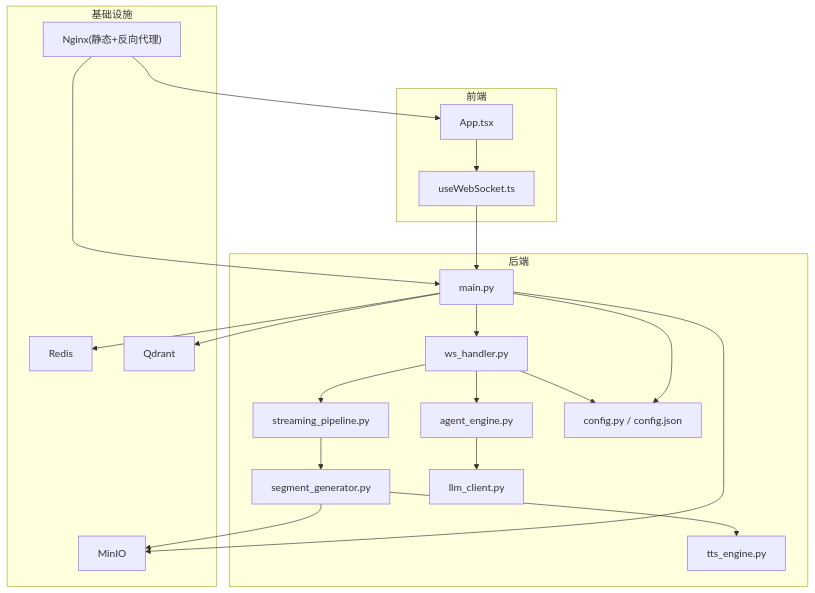
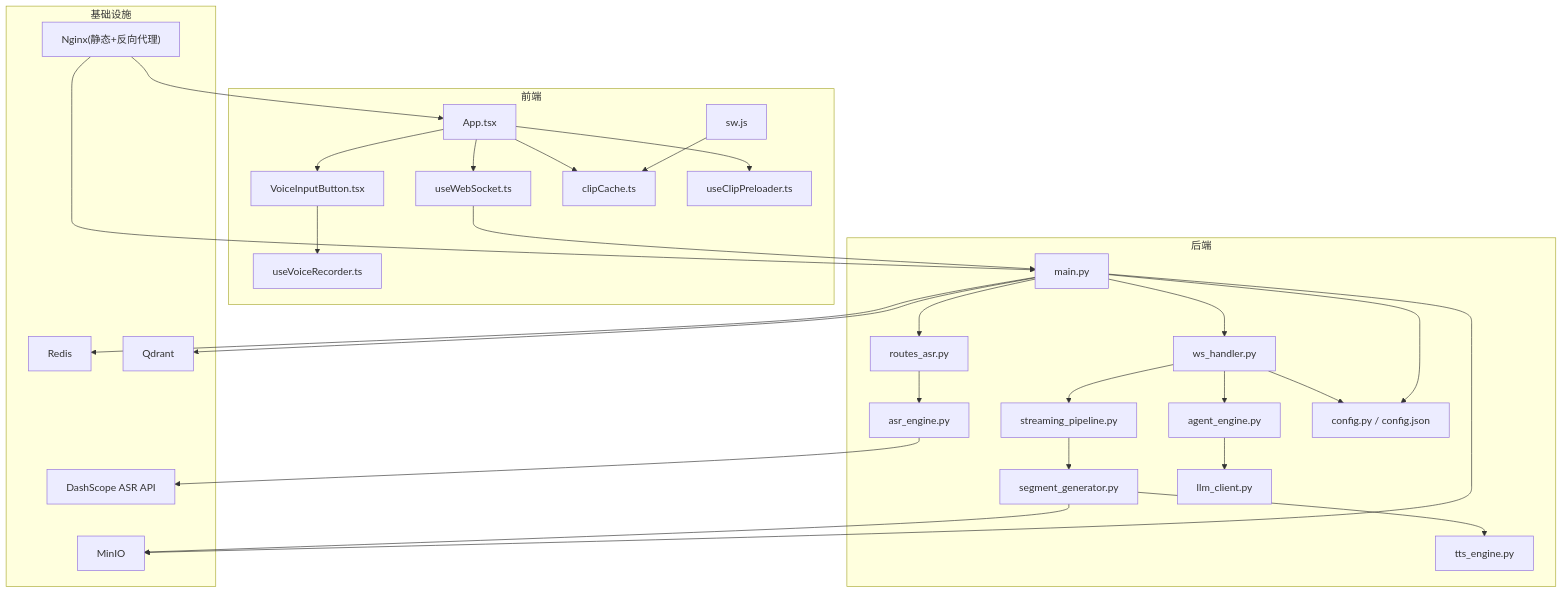
The first of 10 diagrams in .qoder/repowiki/zh/content/系统架构/系统架构.md (leo21cn/real-time-talk), drawn with Mermaid before and after one commit. The commit also changed other lines of this file and 21 other files, not shown here.

````diff
--- a/.qoder/repowiki/zh/content/系统架构/系统架构.md
+++ b/.qoder/repowiki/zh/content/系统架构/系统架构.md
@@ -42,39 +60,55 @@
 ```mermaid
 graph TB
 subgraph "前端"
 FE_App["App.tsx"]
 FE_WS["useWebSocket.ts"]
+FE_Voice["VoiceInputButton.tsx"]
+FE_Recorder["useVoiceRecorder.ts"]
+FE_Cache["clipCache.ts"]
+FE_SW["sw.js"]
+FE_Preloader["useClipPreloader.ts"]
 end
 subgraph "后端"
 API_Main["main.py"]
 WS_Handler["ws_handler.py"]
 Pipeline["streaming_pipeline.py"]
 SegGen["segment_generator.py"]
 Agent["agent_engine.py"]
 LLM["llm_client.py"]
 TTS["tts_engine.py"]
+ASR["asr_engine.py"]
+RoutesASR["routes_asr.py"]
 Config["config.py / config.json"]
 end
 subgraph "基础设施"
 Redis["Redis"]
 MinIO["MinIO"]
 Qdrant["Qdrant"]
 Nginx["Nginx(静态+反向代理)"]
+DashScope["DashScope ASR API"]
 end
 FE_App --> FE_WS
+FE_App --> FE_Voice
+FE_Voice --> FE_Recorder
+FE_App --> FE_Cache
+FE_App --> FE_Preloader
+FE_SW --> FE_Cache
 FE_WS --> API_Main
 API_Main --> WS_Handler
 WS_Handler --> Pipeline
 Pipeline --> SegGen
 SegGen --> TTS
 SegGen --> MinIO
 WS_Handler --> Agent
 Agent --> LLM
 WS_Handler --> Config
 API_Main --> Config
 API_Main --> Redis
 API_Main --> MinIO
 API_Main --> Qdrant
+API_Main --> RoutesASR
+RoutesASR --> ASR
+ASR --> DashScope
 Nginx --> FE_App
 Nginx --> API_Main
 ```
````
